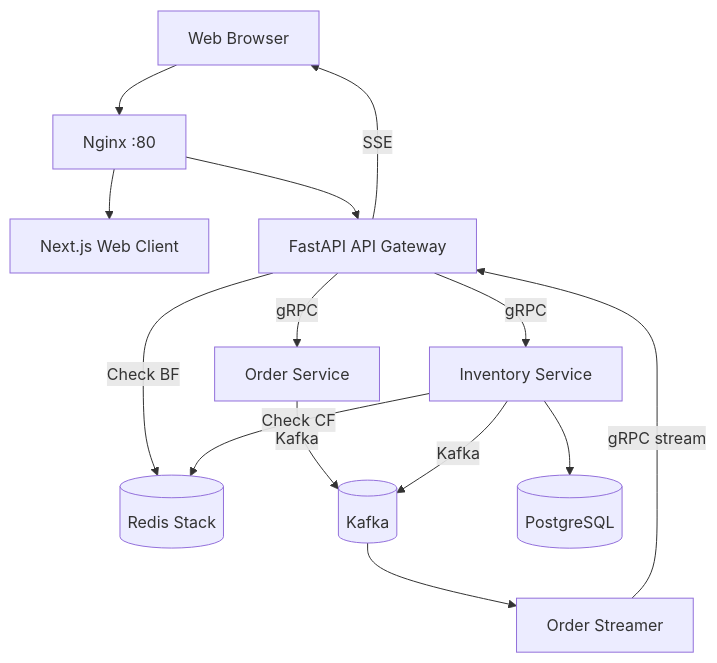
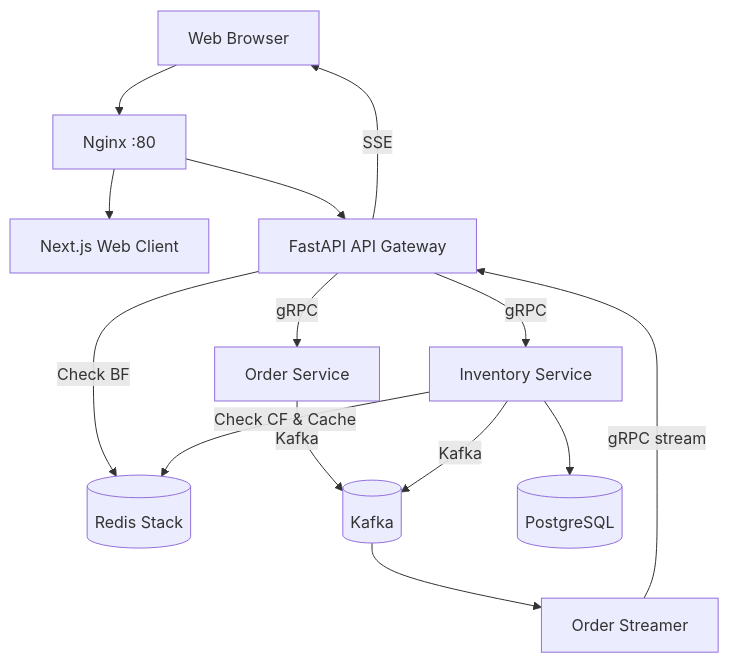
Before and after one commit to sairam0424/gRPC-micro-services: the diagram in order-processing-system/README.md, drawn with Mermaid. The commit also changed other lines of this file and 15 other files, not shown here.

````diff
--- a/order-processing-system/README.md
+++ b/order-processing-system/README.md
@@ -18,16 +19,16 @@
 ```mermaid
 graph TD
     Client[Web Browser] --> Proxy[Nginx :80]
     Proxy --> Web[Next.js Web Client]
     Proxy --> API[FastAPI API Gateway]
     API -->|gRPC| Order[Order Service]
     API -->|gRPC| Inventory[Inventory Service]
     API -->|Check BF| Redis[(Redis Stack)]
-    Inventory -->|Check CF| Redis
+    Inventory -->|Check CF & Cache| Redis
     Order -->|Kafka| Kafka[(Kafka)]
     Inventory -->|Kafka| Kafka
     Kafka --> Streamer[Order Streamer]
     Streamer -->|gRPC stream| API
     API -->|SSE| Client
     Inventory --> DB[(PostgreSQL)]
 ```
````
